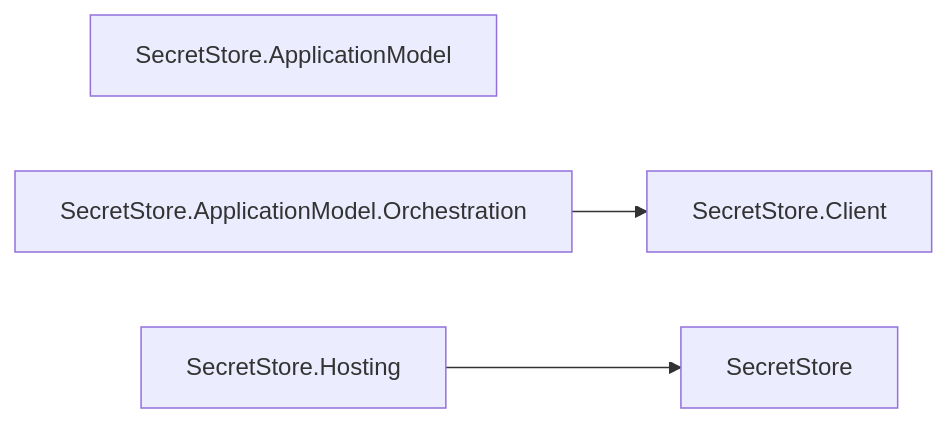
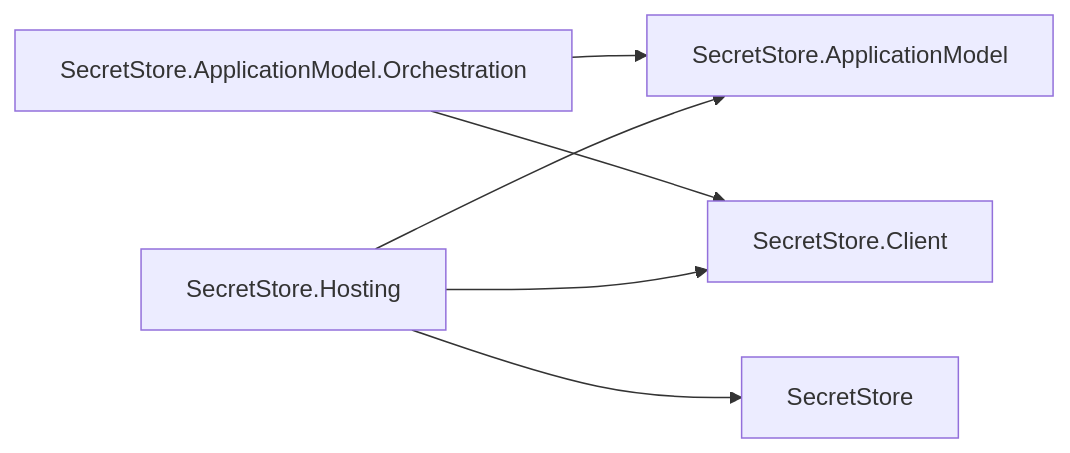
Diagram 28 of 29 in docs/DEPENDENCIES.md (assimalign/cohesion), drawn with Mermaid before and after one commit. The commit also changed other lines of this file and 52 other files, not shown here.

````diff
--- a/docs/DEPENDENCIES.md
+++ b/docs/DEPENDENCIES.md
@@ -1007,10 +1007,13 @@
 ```mermaid
 flowchart LR
     N0["SecretStore"]
     N1["SecretStore.ApplicationModel"]
     N2["SecretStore.ApplicationModel.Orchestration"]
     N3["SecretStore.Client"]
     N4["SecretStore.Hosting"]
+    N2 --> N1
     N2 --> N3
     N4 --> N0
+    N4 --> N1
+    N4 --> N3
 ```
````
